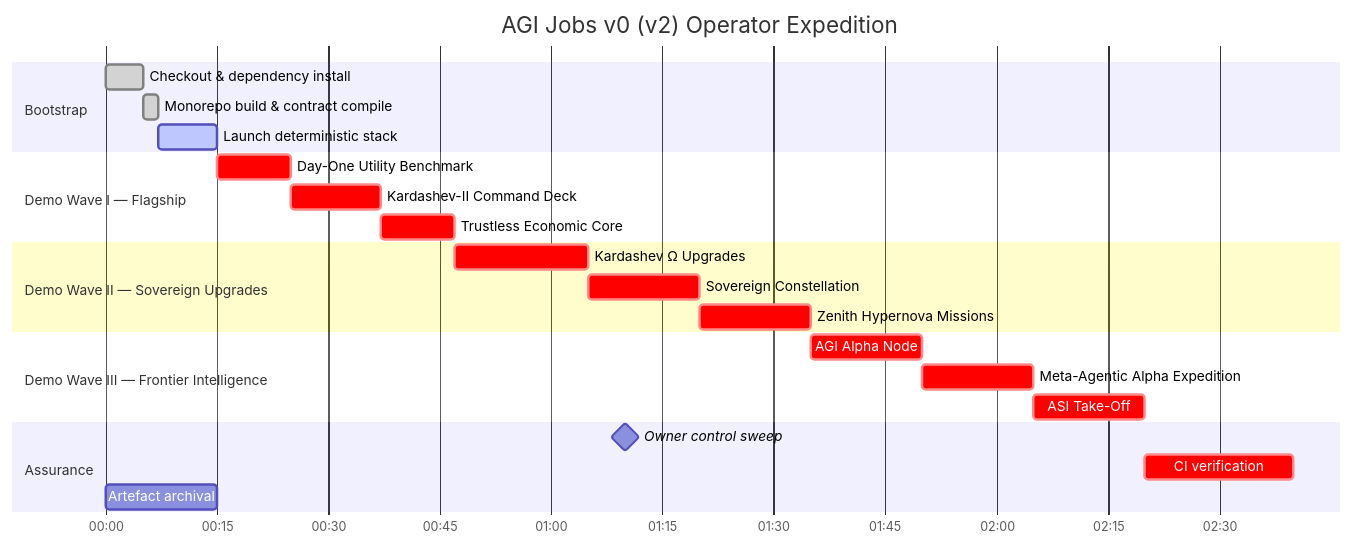
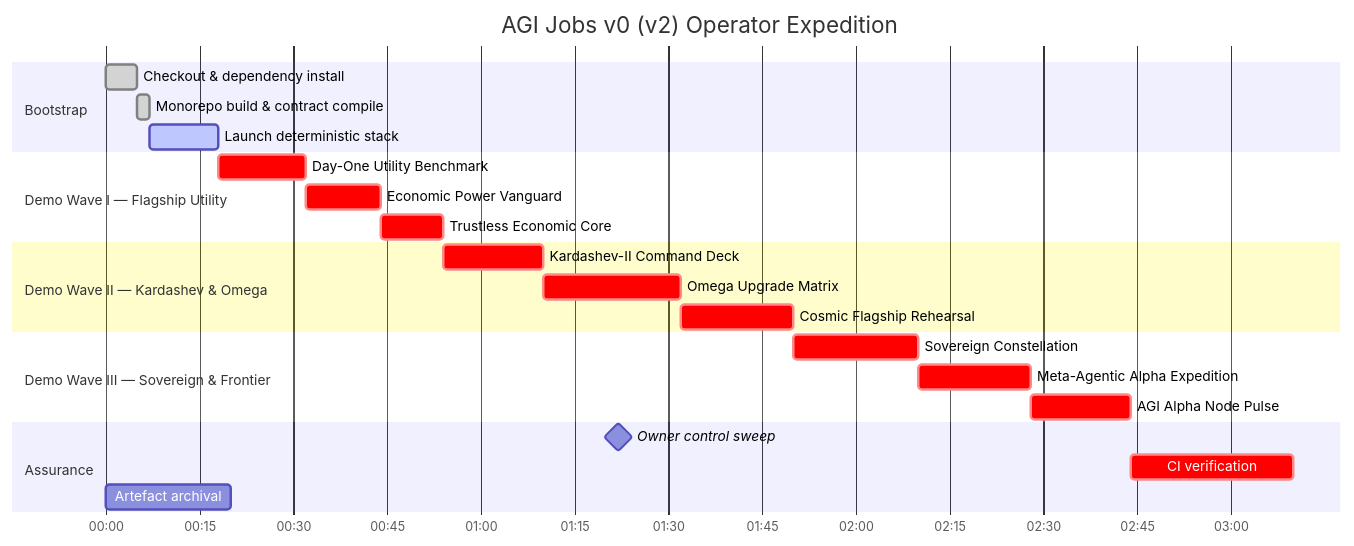
One commit to MontrealAI/AGIJobsv0 changed the second of 3 diagrams in docs/AGI-Operator-Quickstart.md. Above: the diagram before and after it, drawn with Mermaid. The commit also changed other lines of this file, not shown here.

````diff
--- a/docs/AGI-Operator-Quickstart.md
+++ b/docs/AGI-Operator-Quickstart.md
@@ -114,26 +121,26 @@
 ```mermaid
 gantt
   dateFormat  HH:mm
   axisFormat  %H:%M
   title AGI Jobs v0 (v2) Operator Expedition
   section Bootstrap
   Checkout & dependency install      :done,    00:00, 00:05
   Monorepo build & contract compile  :done,    00:05, 00:07
-  Launch deterministic stack         :active,  00:07, 00:15
-  section Demo Wave I — Flagship
-  Day-One Utility Benchmark          :crit,    00:15, 00:25
-  Kardashev-II Command Deck          :crit,    00:25, 00:37
-  Trustless Economic Core            :crit,    00:37, 00:47
-  section Demo Wave II — Sovereign Upgrades
-  Kardashev Ω Upgrades               :crit,    00:47, 01:05
-  Sovereign Constellation            :crit,    01:05, 01:20
-  Zenith Hypernova Missions          :crit,    01:20, 01:35
-  section Demo Wave III — Frontier Intelligence
-  AGI Alpha Node                     :crit,    01:35, 01:50
-  Meta-Agentic Alpha Expedition      :crit,    01:50, 02:05
-  ASI Take-Off                       :crit,    02:05, 02:20
+  Launch deterministic stack         :active,  00:07, 00:18
+  section Demo Wave I — Flagship Utility
+  Day-One Utility Benchmark          :crit,    00:18, 00:32
+  Economic Power Vanguard            :crit,    00:32, 00:44
+  Trustless Economic Core            :crit,    00:44, 00:54
+  section Demo Wave II — Kardashev & Omega
+  Kardashev-II Command Deck          :crit,    00:54, 01:10
+  Omega Upgrade Matrix               :crit,    01:10, 01:32
+  Cosmic Flagship Rehearsal          :crit,    01:32, 01:50
+  section Demo Wave III — Sovereign & Frontier
+  Sovereign Constellation            :crit,    01:50, 02:10
+  Meta-Agentic Alpha Expedition      :crit,    02:10, 02:28
+  AGI Alpha Node Pulse               :crit,    02:28, 02:44
   section Assurance
-  Owner control sweep                :milestone, 02:20, 00:00
-  CI verification                    :crit,       02:20, 02:40
-  Artefact archival                  :after owner control sweep, 00:15
+  Owner control sweep                :milestone, 02:44, 00:00
+  CI verification                    :crit,       02:44, 03:10
+  Artefact archival                  :after owner control sweep, 00:20
 ```
````
